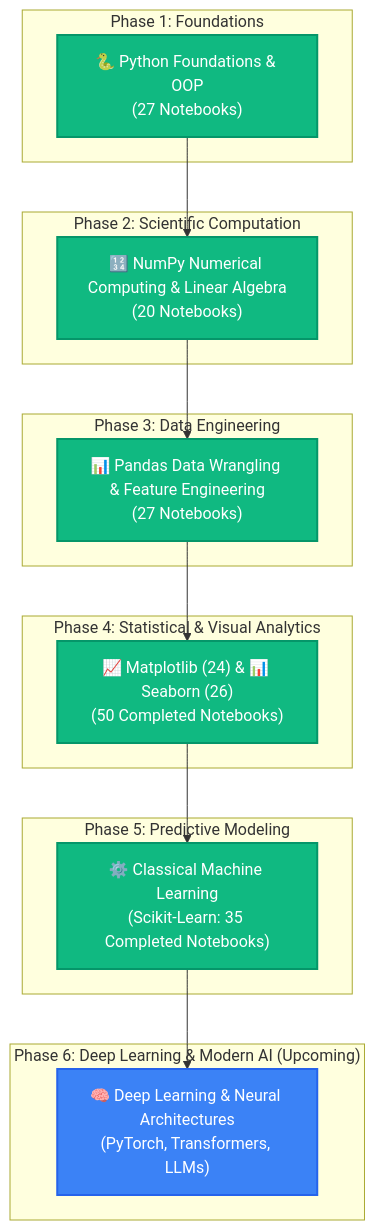
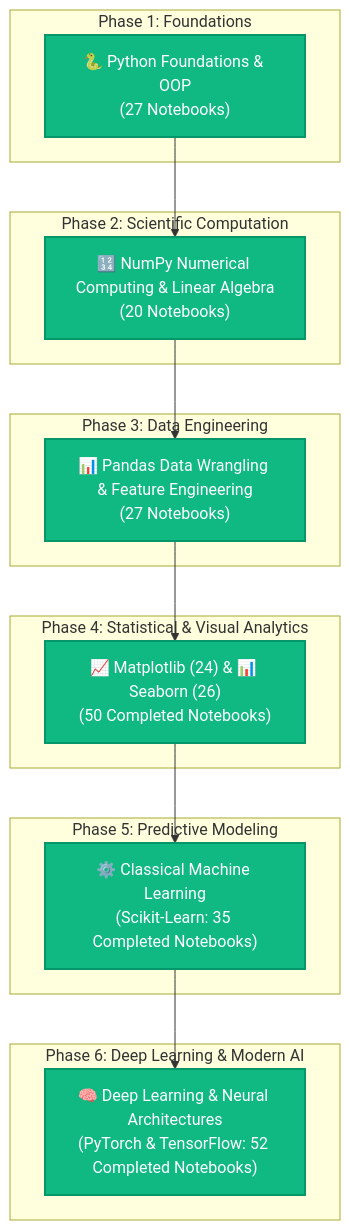
Before and after one commit to VIJAYAPANDIANT/AI-ML-Learning: the diagram in README.md, drawn with Mermaid. The commit also changed other lines of this file and 55 other files, not shown here.

Commit message:
feat: add complete 52-notebook Deep Learning module with TensorFlow, PyTorch, Advanced architectures, and Projects

````diff
--- a/README.md
+++ b/README.md
@@ -104,37 +109,36 @@
 ```mermaid
 flowchart TD
     subgraph S1["Phase 1: Foundations"]
         A["🐍 Python Foundations & OOP<br/>(27 Notebooks)"]
     end
 
     subgraph S2["Phase 2: Scientific Computation"]
         B["🔢 NumPy Numerical Computing & Linear Algebra<br/>(20 Notebooks)"]
     end
 
     subgraph S3["Phase 3: Data Engineering"]
         C["📊 Pandas Data Wrangling & Feature Engineering<br/>(27 Notebooks)"]
     end
 
     subgraph S4["Phase 4: Statistical & Visual Analytics"]
         D["📈 Matplotlib (24) & 📊 Seaborn (26)<br/>(50 Completed Notebooks)"]
     end
 
     subgraph S5["Phase 5: Predictive Modeling"]
         E["⚙️ Classical Machine Learning<br/>(Scikit-Learn: 35 Completed Notebooks)"]
     end
 
-    subgraph S6["Phase 6: Deep Learning & Modern AI (Upcoming)"]
-        F["🧠 Deep Learning & Neural Architectures<br/>(PyTorch, Transformers, LLMs)"]
+    subgraph S6["Phase 6: Deep Learning & Modern AI"]
+        F["🧠 Deep Learning & Neural Architectures<br/>(PyTorch & TensorFlow: 52 Completed Notebooks)"]
     end
 
     A --> B
     B --> C
     C --> D
     D --> E
     E --> F
 
     classDef completed fill:#10B981,stroke:#059669,stroke-width:2px,color:#ffffff;
     classDef upcoming fill:#3B82F6,stroke:#2563EB,stroke-width:2px,color:#ffffff;
-    class A,B,C,D,E completed;
-    class F upcoming;
+    class A,B,C,D,E,F completed;
 ```
````
